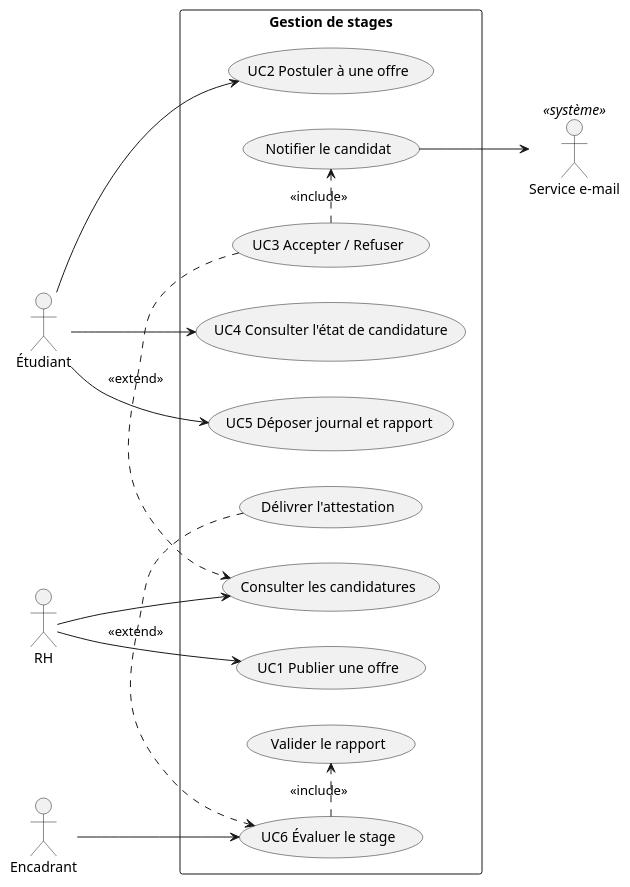
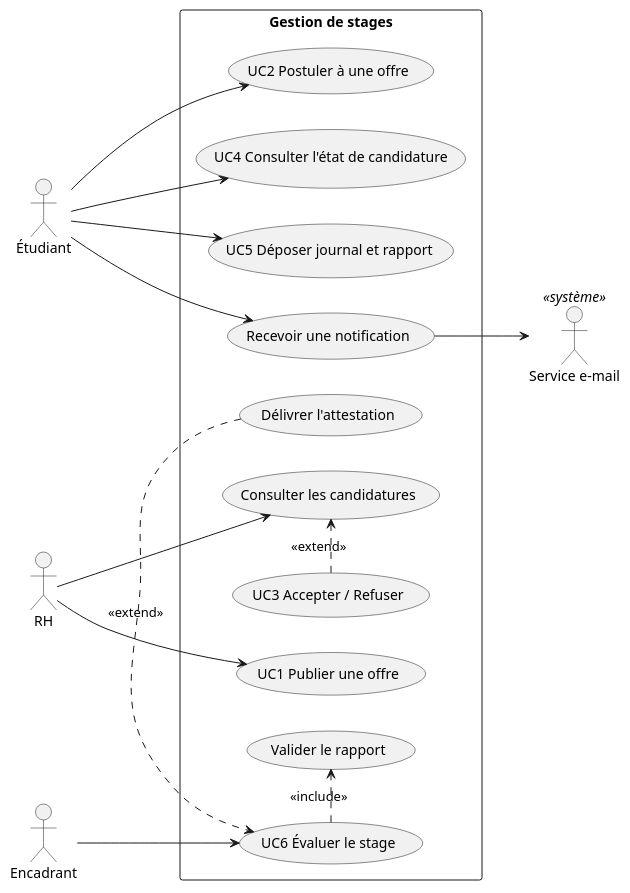
The diagram in docs/diagrams/use-cases.puml (NourMahmoud151515/Processus-Unifi-s), drawn with PlantUML before and after one commit. The commit also changed 4 other files, not shown here.

```diff
--- a/docs/diagrams/use-cases.puml
+++ b/docs/diagrams/use-cases.puml
@@ -1,32 +1,32 @@
 @startuml
 left to right direction
 actor "Étudiant" as E
 actor "RH" as R
 actor "Encadrant" as C
 actor "Service e-mail" as M <<système>>
 
 rectangle "Gestion de stages" {
   usecase "UC1 Publier une offre" as UC1
   usecase "UC2 Postuler à une offre" as UC2
   usecase "Consulter les candidatures" as UC3a
   usecase "UC3 Accepter / Refuser" as UC3
-  usecase "Notifier le candidat" as N
   usecase "UC4 Consulter l'état de candidature" as UC4
   usecase "UC5 Déposer journal et rapport" as UC5
   usecase "UC6 Évaluer le stage" as UC6
   usecase "Valider le rapport" as V
   usecase "Délivrer l'attestation" as A
+  usecase "Recevoir une notification" as m
 }
 
 R --> UC1
 R --> UC3a
 UC3 .> UC3a : <<extend>>
-UC3 .> N : <<include>>
-N --> M
+m --> M
 E --> UC2
 E --> UC4
 E --> UC5
 C --> UC6
 UC6 .> V : <<include>>
 A .> UC6 : <<extend>>
+E --> m
 @enduml
```
